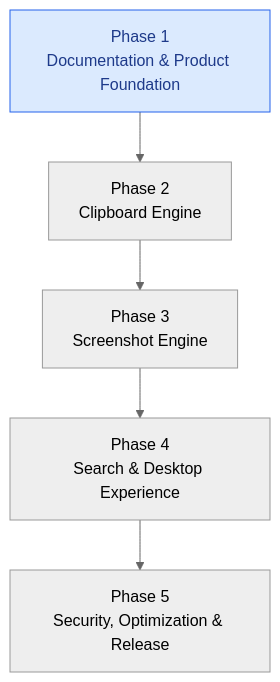
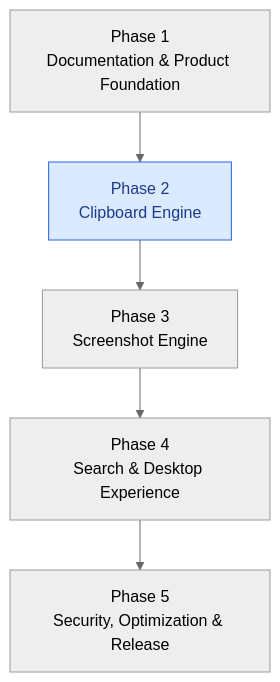
Before and after one commit to reddy895/LucidClip: the fourth of 4 diagrams in README.md, drawn with Mermaid (neutral theme). The commit also changed other lines of this file and 1 other file, not shown here.

First line of the commit message:
docs: document implemented IPC surface and native storage flow

````diff
--- a/README.md
+++ b/README.md
@@ -282,16 +282,16 @@
 ```mermaid
 flowchart TD
     P1["Phase 1<br/>Documentation & Product Foundation"]
     P2["Phase 2<br/>Clipboard Engine"]
     P3["Phase 3<br/>Screenshot Engine"]
     P4["Phase 4<br/>Search & Desktop Experience"]
     P5["Phase 5<br/>Security, Optimization & Release"]
 
     P1 --> P2
     P2 --> P3
     P3 --> P4
     P4 --> P5
 
     classDef current fill:#dbeafe,stroke:#2563eb,color:#1e3a8a
-    class P1 current
+    class P2 current
 ```
````
